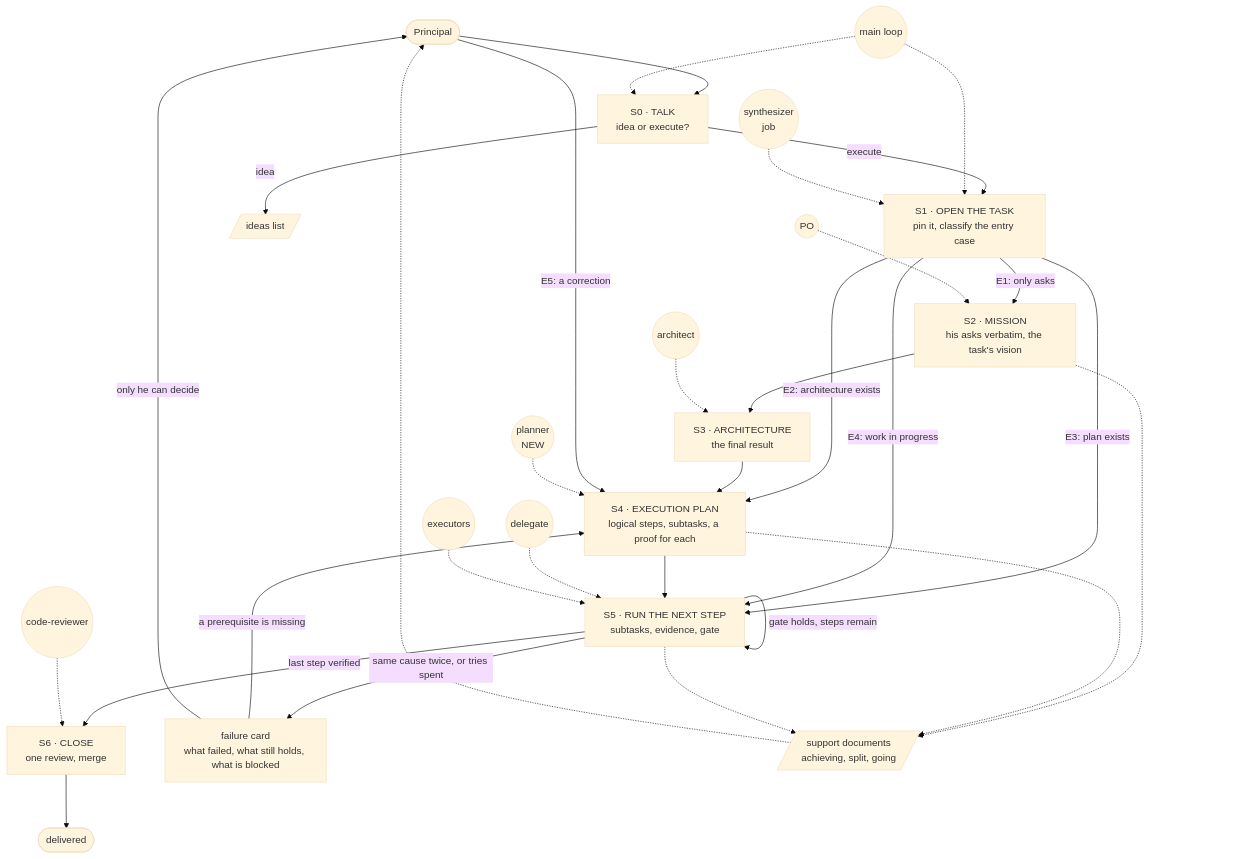
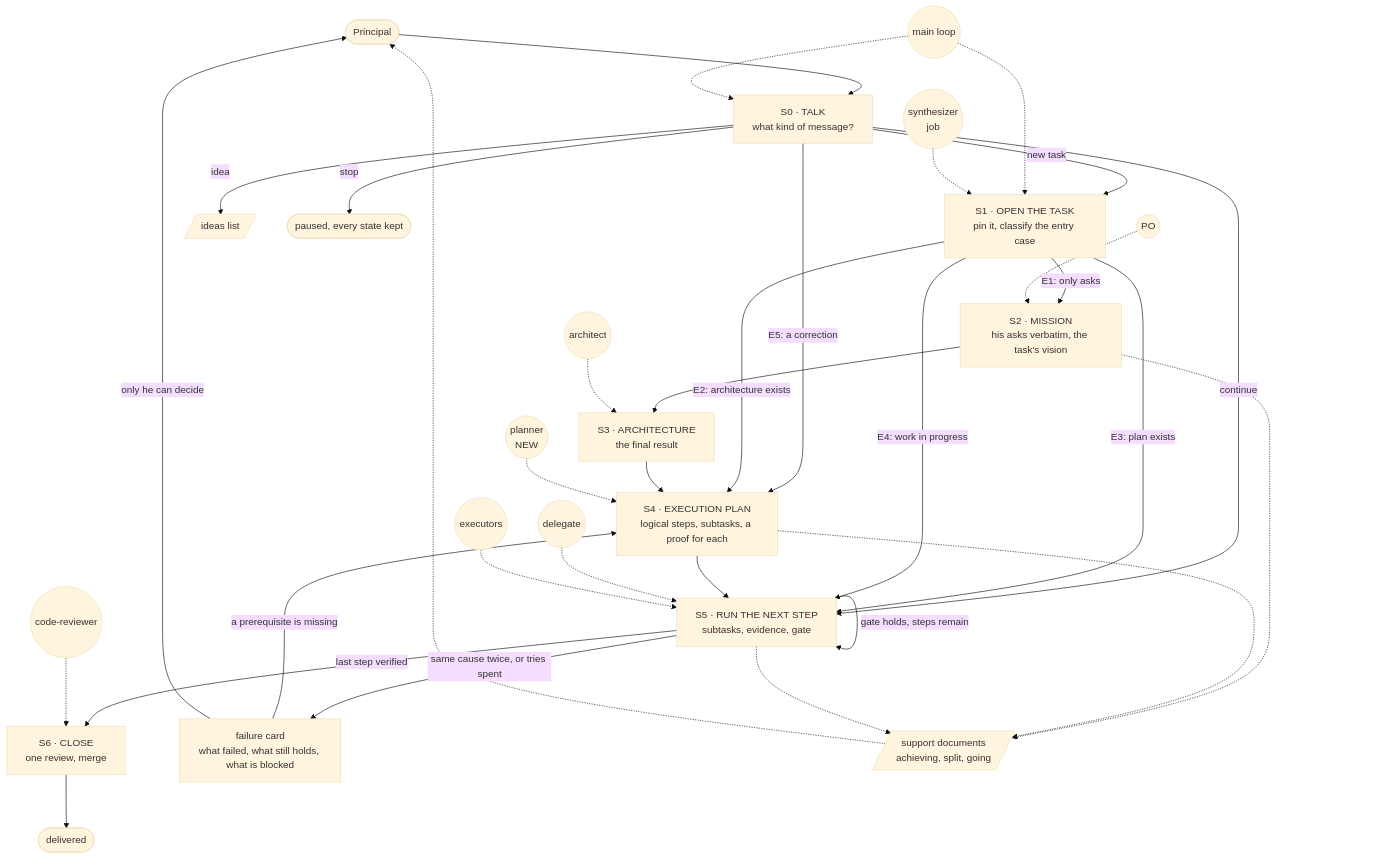
One commit to Wilman2612/grimorio-agents changed the first of 2 diagrams in .grimorio/design/task-flow/quasi-software-view.md. Above: the diagram before and after it, drawn with Mermaid (base theme). The commit also changed other lines of this file and 4 other files, not shown here.

First line of the commit message:
docs(task-flow): only a new task runs the whole flow

````diff
--- a/.grimorio/design/task-flow/quasi-software-view.md
+++ b/.grimorio/design/task-flow/quasi-software-view.md
@@ -17,46 +17,49 @@
 ```mermaid
 flowchart TB
     P(["Principal"])
-    S0["S0 · TALK<br/>idea or execute?"]
+    S0["S0 · TALK<br/>what kind of message?"]
     S1["S1 · OPEN THE TASK<br/>pin it, classify the entry case"]
     S2["S2 · MISSION<br/>his asks verbatim, the task's vision"]
     S3["S3 · ARCHITECTURE<br/>the final result"]
     S4["S4 · EXECUTION PLAN<br/>logical steps, subtasks, a proof for each"]
     S5["S5 · RUN THE NEXT STEP<br/>subtasks, evidence, gate"]
     S6["S6 · CLOSE<br/>one review, merge"]
     IDEAS[/"ideas list"/]
     FAIL["failure card<br/>what failed, what still holds, what is blocked"]
     DOCS[/"support documents<br/>achieving, split, going"/]
     DONE(["delivered"])
+    PAUSE(["paused, every state kept"])
 
     P --> S0
     S0 -->|"idea"| IDEAS
-    S0 -->|"execute"| S1
+    S0 -->|"new task"| S1
+    S0 -->|"continue"| S5
+    S0 -->|"E5: a correction"| S4
+    S0 -->|"stop"| PAUSE
     S1 -->|"E1: only asks"| S2
     S1 -->|"E2: architecture exists"| S4
     S1 -->|"E3: plan exists"| S5
     S1 -->|"E4: work in progress"| S5
     S2 --> S3 --> S4 --> S5
     S5 -->|"gate holds, steps remain"| S5
     S5 -->|"same cause twice, or tries spent"| FAIL
     FAIL -->|"a prerequisite is missing"| S4
     FAIL -->|"only he can decide"| P
-    P -->|"E5: a correction"| S4
     S5 -->|"last step verified"| S6
     S6 --> DONE
 
     S2 -.-> DOCS
     S4 -.-> DOCS
     S5 -.-> DOCS
     DOCS -.-> P
 
     ML(("main loop")) -.-> S0
     ML -.-> S1
     SYN(("synthesizer<br/>job")) -.-> S1
     PO(("PO")) -.-> S2
     ARC(("architect")) -.-> S3
     PLN(("planner<br/>NEW")) -.-> S4
     DEL(("delegate")) -.-> S5
     EXE(("executors")) -.-> S5
     REV(("code-reviewer")) -.-> S6
 ```
````
